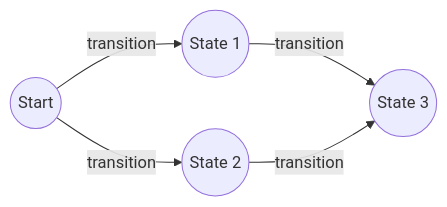
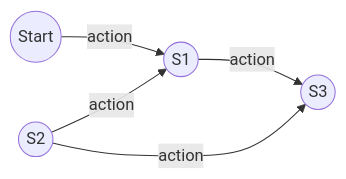
One commit to o-bennasr/or-3dbp changed the diagram in README.md. Above: the diagram before and after it, drawn with Mermaid. The commit also changed other lines of this file, not shown here.

Commit message:
docs: update chart in README

````diff
--- a/README.md
+++ b/README.md
@@ -24,7 +24,7 @@
 ```mermaid
 graph LR
-A((Start)) -- transition --> B((State 1))
-A -- transition --> C((State 2))
-B -- transition --> D((State 3))
-C -- transition --> D
+A((Start)) -- action --> B((S1))
+C((S2)) -- action --> B
+B -- action --> D((S3))
+C -- action --> D
 ```
````
